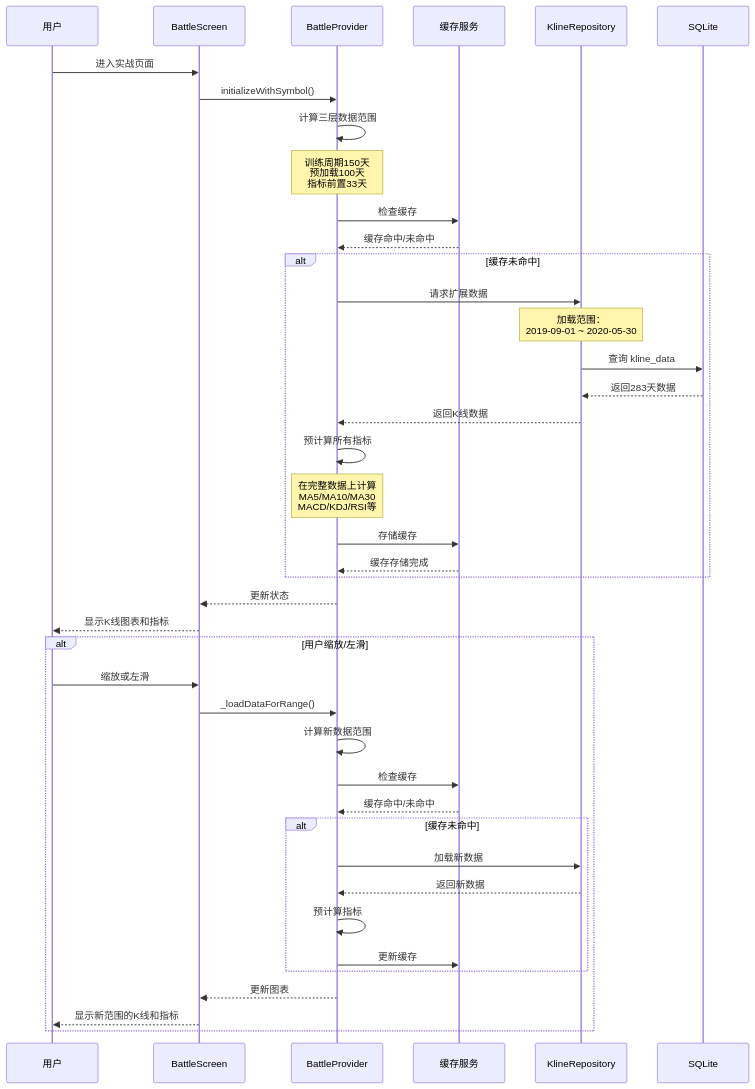
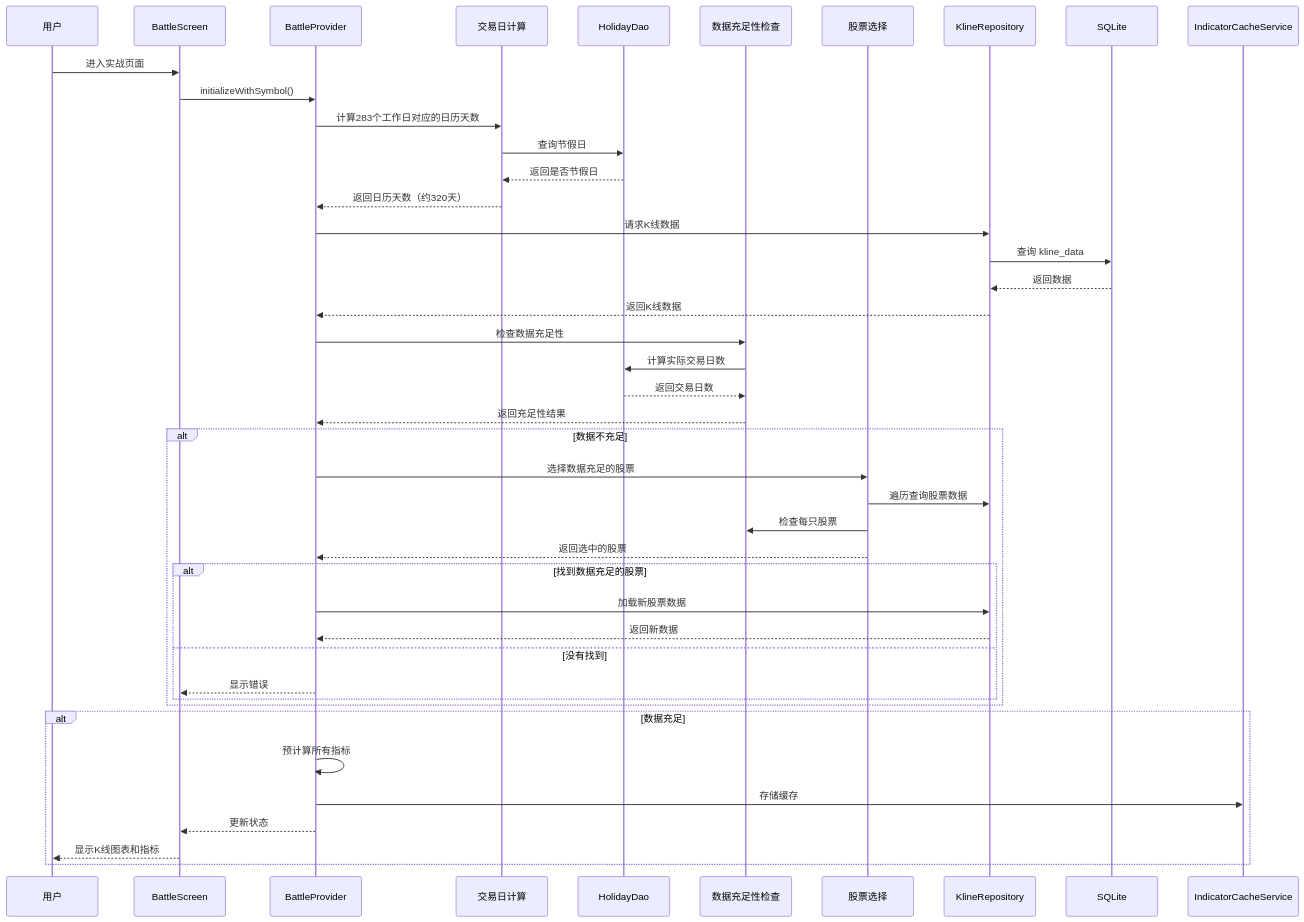
Before and after one commit to luojiutian1993/KlineTrain: the second of 2 diagrams in docs/features/实战模块/指标预加载与缓存优化_技术方案.md, drawn with Mermaid. The commit also changed other lines of this file and 16 other files, not shown here.

````diff
--- a/docs/features/实战模块/指标预加载与缓存优化_技术方案.md
+++ b/docs/features/实战模块/指标预加载与缓存优化_技术方案.md
@@ -51,53 +71,51 @@
 ```mermaid
 sequenceDiagram
     participant User as 用户
     participant BattleScreen as BattleScreen
     participant BattleProvider as BattleProvider
-    participant IndicatorCacheService as 缓存服务
+    participant TradingDayCalculator as 交易日计算
+    participant HolidayDao as HolidayDao
+    participant DataSufficiencyChecker as 数据充足性检查
+    participant StockSelector as 股票选择
     participant KlineRepository as KlineRepository
     participant Database as SQLite
 
     User->>BattleScreen: 进入实战页面
     BattleScreen->>BattleProvider: initializeWithSymbol()
 
-    BattleProvider->>BattleProvider: 计算三层数据范围
-    Note over BattleProvider: 训练周期150天<br/>预加载100天<br/>指标前置33天
+    BattleProvider->>TradingDayCalculator: 计算283个工作日对应的日历天数
+    TradingDayCalculator->>HolidayDao: 查询节假日
+    HolidayDao-->>TradingDayCalculator: 返回是否节假日
+    TradingDayCalculator-->>BattleProvider: 返回日历天数（约320天）
 
-    BattleProvider->>IndicatorCacheService: 检查缓存
-    IndicatorCacheService-->>BattleProvider: 缓存命中/未命中
+    BattleProvider->>KlineRepository: 请求K线数据
+    KlineRepository->>Database: 查询 kline_data
+    Database-->>KlineRepository: 返回数据
+    KlineRepository-->>BattleProvider: 返回K线数据
 
-    alt 缓存未命中
-        BattleProvider->>KlineRepository: 请求扩展数据
-        Note over KlineRepository: 加载范围：<br/>2019-09-01 ~ 2020-05-30
-        KlineRepository->>Database: 查询 kline_data
-        Database-->>KlineRepository: 返回283天数据
-        KlineRepository-->>BattleProvider: 返回K线数据
+    BattleProvider->>DataSufficiencyChecker: 检查数据充足性
+    DataSufficiencyChecker->>HolidayDao: 计算实际交易日数
+    HolidayDao-->>DataSufficiencyChecker: 返回交易日数
+    DataSufficiencyChecker-->>BattleProvider: 返回充足性结果
 
-        BattleProvider->>BattleProvider: 预计算所有指标
-        Note over BattleProvider: 在完整数据上计算<br/>MA5/MA10/MA30<br/>MACD/KDJ/RSI等
+    alt 数据不充足
+        BattleProvider->>StockSelector: 选择数据充足的股票
+        StockSelector->>KlineRepository: 遍历查询股票数据
+        StockSelector->>DataSufficiencyChecker: 检查每只股票
+        StockSelector-->>BattleProvider: 返回选中的股票
 
-        BattleProvider->>IndicatorCacheService: 存储缓存
-        IndicatorCacheService-->>BattleProvider: 缓存存储完成
+        alt 找到数据充足的股票
+            BattleProvider->>KlineRepository: 加载新股票数据
+            KlineRepository-->>BattleProvider: 返回新数据
+        else 没有找到
+            BattleProvider-->>BattleScreen: 显示错误
+        end
     end
 
-    BattleProvider-->>BattleScreen: 更新状态
-    BattleScreen-->>User: 显示K线图表和指标
-
-    alt 用户缩放/左滑
-        User->>BattleScreen: 缩放或左滑
-        BattleScreen->>BattleProvider: _loadDataForRange()
-        BattleProvider->>BattleProvider: 计算新数据范围
-        BattleProvider->>IndicatorCacheService: 检查缓存
-        IndicatorCacheService-->>BattleProvider: 缓存命中/未命中
-
-        alt 缓存未命中
-            BattleProvider->>KlineRepository: 加载新数据
-            KlineRepository-->>BattleProvider: 返回新数据
-            BattleProvider->>BattleProvider: 预计算指标
-            BattleProvider->>IndicatorCacheService: 更新缓存
-        end
-
-        BattleProvider-->>BattleScreen: 更新图表
-        BattleScreen-->>User: 显示新范围的K线和指标
+    alt 数据充足
+        BattleProvider->>BattleProvider: 预计算所有指标
+        BattleProvider->>IndicatorCacheService: 存储缓存
+        BattleProvider-->>BattleScreen: 更新状态
+        BattleScreen-->>User: 显示K线图表和指标
     end
 ```
````
